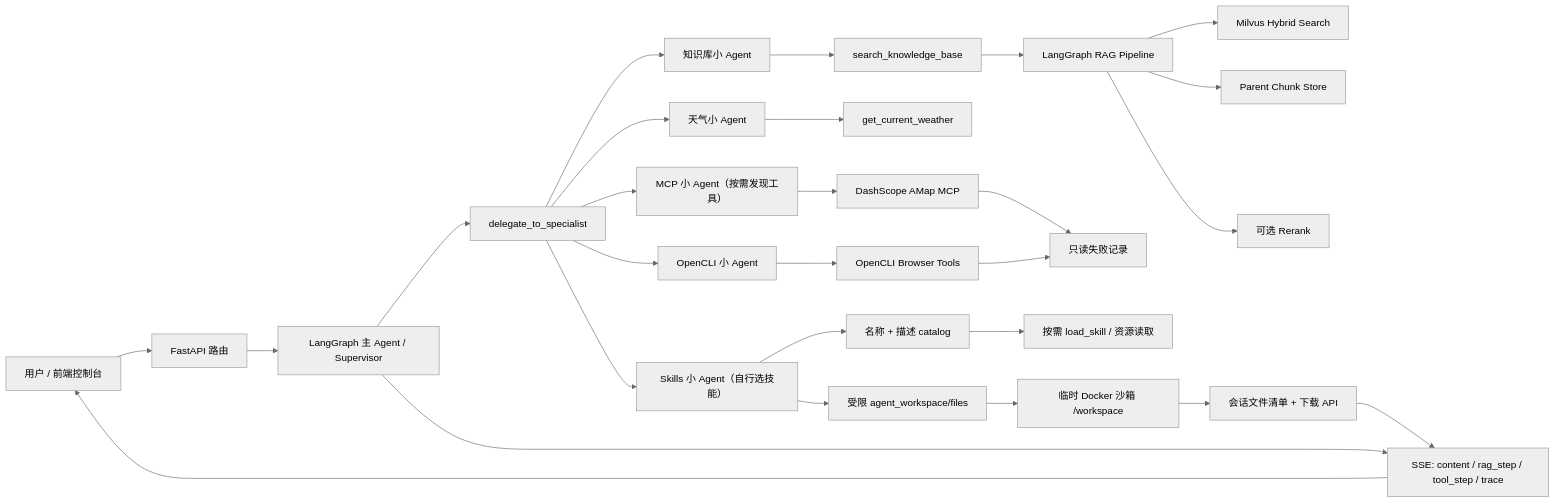
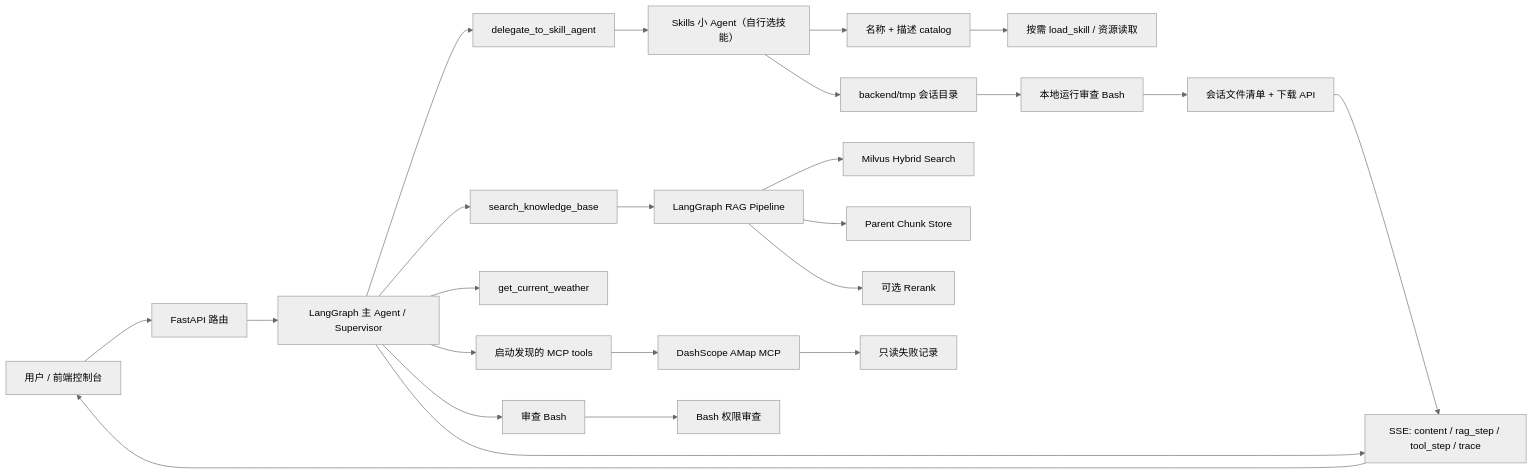
One commit to ichliebewxy/Agent_Console changed the diagram in README.md. Above: the diagram before and after it, drawn with Mermaid (neutral theme). The commit also changed other lines of this file and 50 other files, not shown here.

````diff
--- a/README.md
+++ b/README.md
@@ -45,29 +45,26 @@
 ```mermaid
 flowchart LR
   U["用户 / 前端控制台"] --> API["FastAPI 路由"]
   API --> Supervisor["LangGraph 主 Agent / Supervisor"]
-  Supervisor --> Gateway["delegate_to_specialist"]
-  Gateway --> Knowledge["知识库小 Agent"]
-  Gateway --> Weather["天气小 Agent"]
-  Gateway --> MCP["MCP 小 Agent（按需发现工具）"]
-  Gateway --> Browser["OpenCLI 小 Agent"]
+  Supervisor --> Gateway["delegate_to_skill_agent"]
+  Supervisor --> KB["search_knowledge_base"]
+  Supervisor --> WeatherTool["get_current_weather"]
+  Supervisor --> Bash["审查 Bash"]
+  Supervisor --> MCP["启动发现的 MCP tools"]
+  MCP --> AMap["DashScope AMap MCP"]
   Gateway --> Skills["Skills 小 Agent（自行选技能）"]
-  Knowledge --> KB["search_knowledge_base"]
-  Weather --> WeatherTool["get_current_weather"]
-  MCP --> AMap["DashScope AMap MCP"]
-  Browser --> BrowserTools["OpenCLI Browser Tools"]
   Skills --> Catalog["名称 + 描述 catalog"]
   Catalog --> SkillBody["按需 load_skill / 资源读取"]
-  Skills --> Workspace["受限 agent_workspace/files"]
-  Workspace --> Sandbox["临时 Docker 沙箱 /workspace"]
-  Sandbox --> Artifacts["会话文件清单 + 下载 API"]
+  Skills --> Workspace["backend/tmp 会话目录"]
+  Workspace --> LocalRun["本地运行审查 Bash"]
+  LocalRun --> Artifacts["会话文件清单 + 下载 API"]
   Artifacts --> SSE
   KB --> RAG["LangGraph RAG Pipeline"]
   RAG --> Milvus["Milvus Hybrid Search"]
   RAG --> Parent["Parent Chunk Store"]
   RAG --> Rerank["可选 Rerank"]
   Supervisor --> SSE["SSE: content / rag_step / tool_step / trace"]
   SSE --> U
   AMap --> Ops["只读失败记录"]
-  BrowserTools --> Ops
+  Bash --> Audit["Bash 权限审查"]
 ```
````
